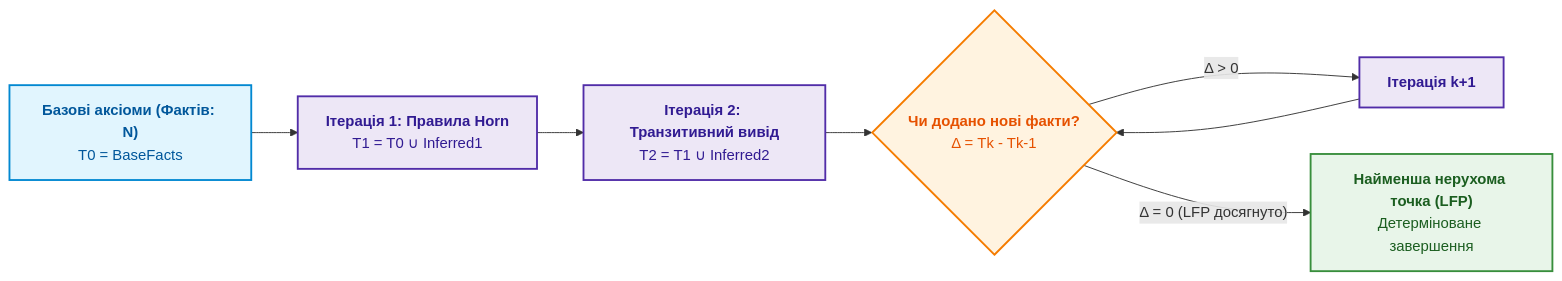
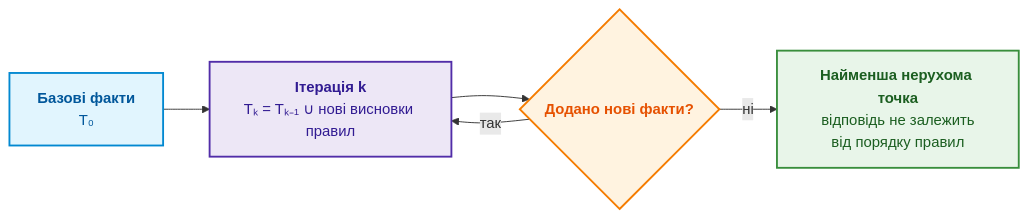
The first of 2 diagrams in ExpertSystem/ch28-dual-mode-expert-systems.md (nick-fedchik/articles), drawn with Mermaid before and after one commit. The commit also changed other lines of this file, not shown here.

````diff
--- a/ExpertSystem/ch28-dual-mode-expert-systems.md
+++ b/ExpertSystem/ch28-dual-mode-expert-systems.md
@@ -47,22 +49,20 @@
 ```mermaid
 flowchart LR
-    accTitle: Обчислення нерухомої точки в Datalog
-    accDescr: Ітеративний процес розгортання правил Horn від базових фактів до досягнення LFP.
+    accTitle: Обчислення найменшої нерухомої точки
+    accDescr: Від базових фактів кожна ітерація застосовує правила й додає виведені факти; коли ітерація не додає нічого нового, досягнуто найменшої нерухомої точки.
 
-    F0["<b>Базові аксіоми (Фактів: N)</b><br/>T0 = BaseFacts"] --> Step1["<b>Ітерація 1: Правила Horn</b><br/>T1 = T0 ∪ Inferred1"]
-    Step1 --> Step2["<b>Ітерація 2: Транзитивний вивід</b><br/>T2 = T1 ∪ Inferred2"]
-    Step2 --> Fixpoint{"<b>Чи додано нові факти?</b><br/>Δ = Tk - Tk-1"}
-    Fixpoint -->|"Δ > 0"| NextCycle["<b>Ітерація k+1</b>"]
-    NextCycle --> Fixpoint
-    Fixpoint -->|"Δ = 0 (LFP досягнуто)"| Done["<b>Найменша нерухома точка (LFP)</b><br/>Детерміноване завершення"]
+    F0["<b>Базові факти</b><br/>T₀"] --> Step["<b>Ітерація k</b><br/>Tₖ = Tₖ₋₁ ∪ нові висновки правил"]
+    Step --> Fixpoint{"<b>Додано нові факти?</b>"}
+    Fixpoint -->|"так"| Step
+    Fixpoint -->|"ні"| Done["<b>Найменша нерухома точка</b><br/>відповідь не залежить<br/>від порядку правил"]
 
     classDef base fill:#e1f5fe,stroke:#0288d1,stroke-width:2px,color:#01579b;
     classDef step fill:#ede7f6,stroke:#512da8,stroke-width:2px,color:#311b92;
     classDef gate fill:#fff3e0,stroke:#f57c00,stroke-width:2px,color:#e65100;
     classDef done fill:#e8f5e9,stroke:#388e3c,stroke-width:2px,color:#1b5e20;
 
     class F0 base;
-    class Step1,Step2,NextCycle step;
+    class Step step;
     class Fixpoint gate;
     class Done done;
 ```
````
